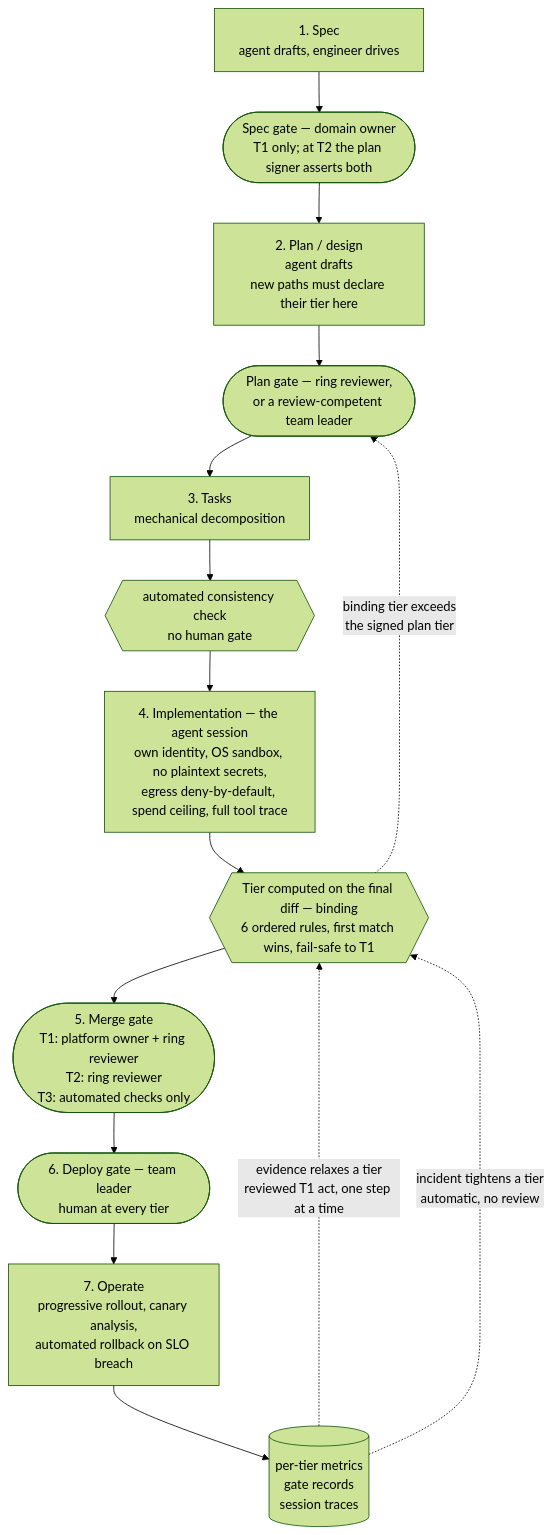
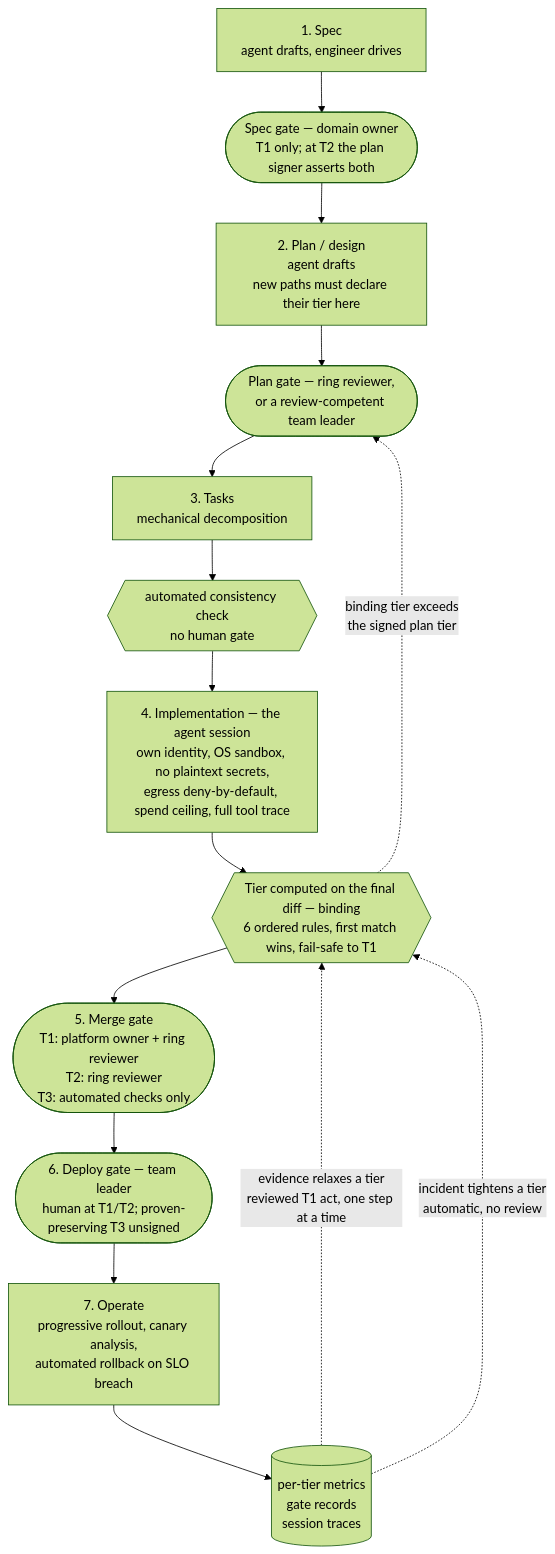
One commit to dulguun0225/asdlc changed the diagram in asdlc/README.md. Above: the diagram before and after it, drawn with Mermaid (forest theme). The commit also changed other lines of this file and 16 other files, not shown here.

````diff
--- a/asdlc/README.md
+++ b/asdlc/README.md
@@ -40,21 +40,21 @@
 ```mermaid
 flowchart TD
     SPEC["1. Spec<br/>agent drafts, engineer drives"]
     SG(["Spec gate — domain owner<br/>T1 only; at T2 the plan signer asserts both"])
     PLAN["2. Plan / design<br/>agent drafts<br/>new paths must declare their tier here"]
     PG(["Plan gate — ring reviewer,<br/>or a review-competent team leader"])
     TASKS["3. Tasks<br/>mechanical decomposition"]
     TC{{"automated consistency check<br/>no human gate"}}
     IMPL["4. Implementation — the agent session<br/>own identity, OS sandbox, no plaintext secrets,<br/>egress deny-by-default, spend ceiling, full tool trace"]
     TIER{{"Tier computed on the final diff — binding<br/>6 ordered rules, first match wins, fail-safe to T1"}}
     MG(["5. Merge gate<br/>T1: platform owner + ring reviewer<br/>T2: ring reviewer<br/>T3: automated checks only"])
-    DG(["6. Deploy gate — team leader<br/>human at every tier"])
+    DG(["6. Deploy gate — team leader<br/>human at T1/T2; proven-preserving T3 unsigned"])
     OPS["7. Operate<br/>progressive rollout, canary analysis,<br/>automated rollback on SLO breach"]
     METRICS[("per-tier metrics<br/>gate records<br/>session traces")]
 
     SPEC --> SG --> PLAN --> PG --> TASKS --> TC --> IMPL
     IMPL --> TIER --> MG --> DG --> OPS --> METRICS
     TIER -.->|"binding tier exceeds<br/>the signed plan tier"| PG
     METRICS -.->|"evidence relaxes a tier<br/>reviewed T1 act, one step at a time"| TIER
     METRICS -.->|"incident tightens a tier<br/>automatic, no review"| TIER
 ```
````
